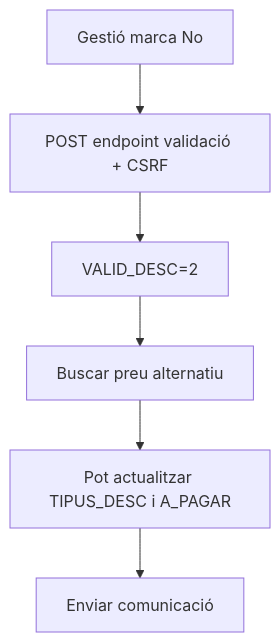
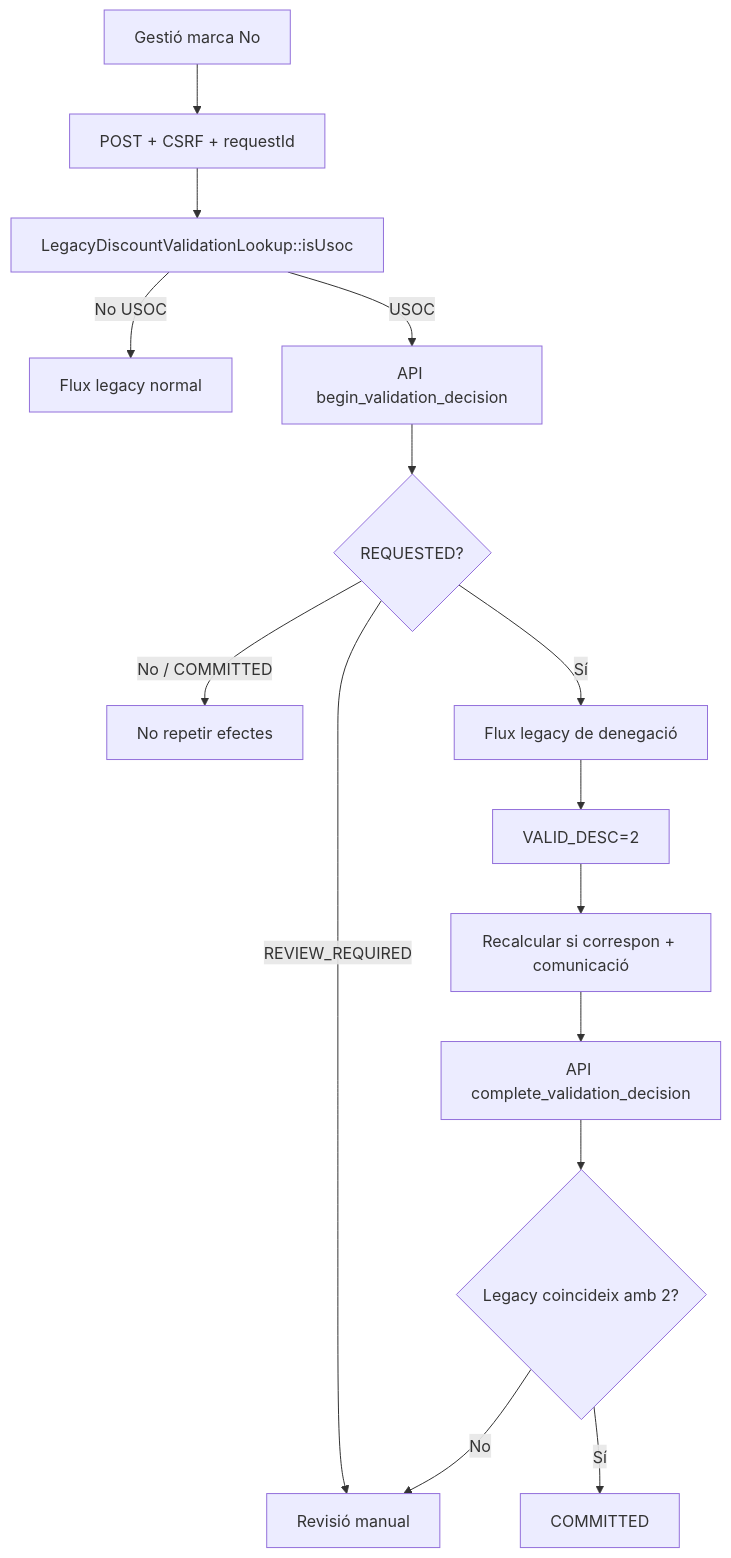
One commit to orgmeriemprismacat-del/verifactu changed diagram 15 of 23 in documentacio/07-uml-integrat/uc-013-activitats-pagines-actual-final.md. Above: the diagram before and after it, drawn with Mermaid. The commit also changed other lines of this file, not shown here.

Commit message:
docs(uc-013): actualitzar activitats validacio durable i conciliacio

````diff
--- a/documentacio/07-uml-integrat/uc-013-activitats-pagines-actual-final.md
+++ b/documentacio/07-uml-integrat/uc-013-activitats-pagines-actual-final.md
@@ -184,8 +192,17 @@
 ```mermaid
 flowchart TD
-    A[Gestió marca No] --> B[POST endpoint validació + CSRF]
-    B --> C[VALID_DESC=2]
-    C --> D[Buscar preu alternatiu]
-    D --> E[Pot actualitzar TIPUS_DESC i A_PAGAR]
-    E --> F[Enviar comunicació]
+    A[Gestió marca No] --> B[POST + CSRF + requestId]
+    B --> C[LegacyDiscountValidationLookup::isUsoc]
+    C -- No USOC --> D[Flux legacy normal]
+    C -- USOC --> E[API begin_validation_decision]
+    E --> F{REQUESTED?}
+    F -- No / COMMITTED --> G[No repetir efectes]
+    F -- REVIEW_REQUIRED --> H[Revisió manual]
+    F -- Sí --> I[Flux legacy de denegació]
+    I --> J[VALID_DESC=2]
+    J --> K[Recalcular si correspon + comunicació]
+    K --> L[API complete_validation_decision]
+    L --> M{Legacy coincideix amb 2?}
+    M -- Sí --> N[COMMITTED]
+    M -- No --> H
 ```
````
